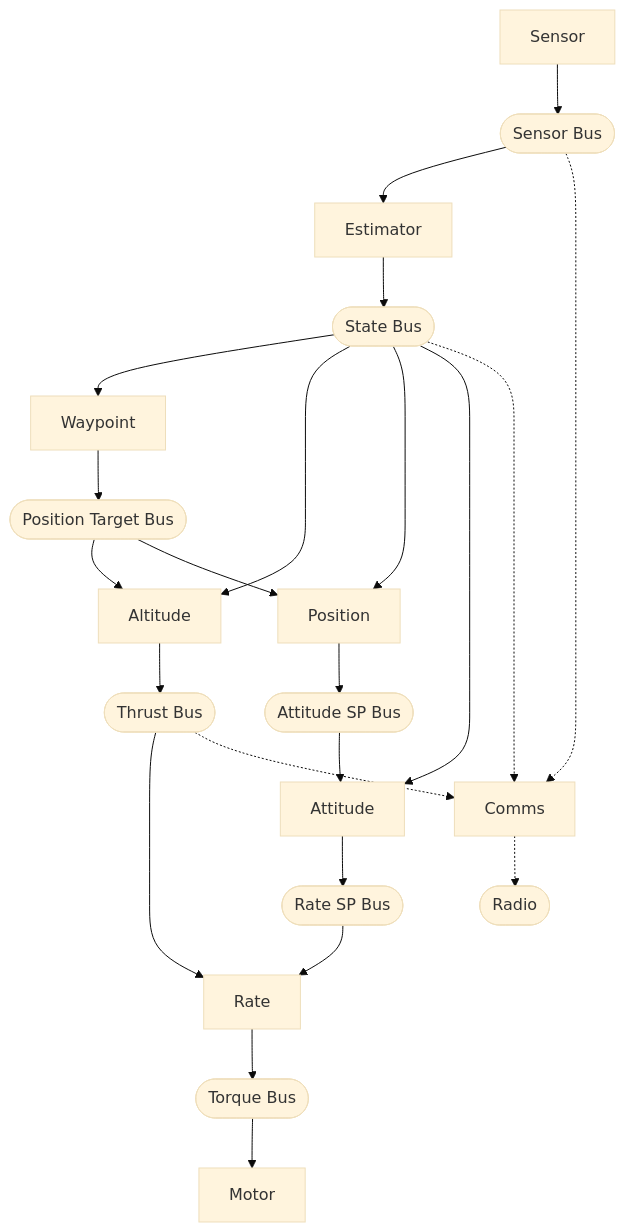
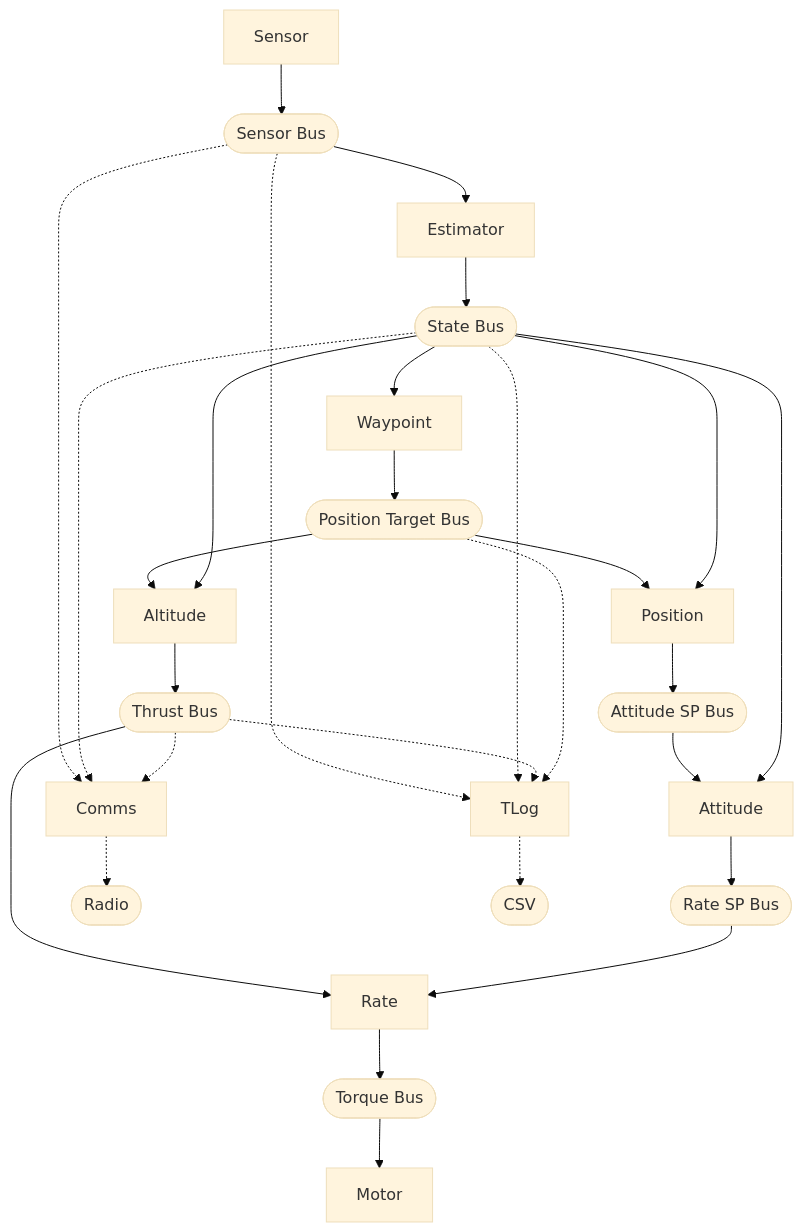
One commit to joagre/hive changed the diagram in examples/pilot/README.md. Above: the diagram before and after it, drawn with Mermaid (base theme).

Commit message:
Add telemetry logger actor to pilot README.md diagram
Shows TLog reading from SensorBus, StateBus, ThrustBus, and
PositionTargetBus, outputting to CSV file.

````diff
--- a/examples/pilot/README.md
+++ b/examples/pilot/README.md
@@ -160,17 +160,23 @@
 ```mermaid
 graph TB
     Sensor[Sensor] --> SensorBus([Sensor Bus]) --> Estimator[Estimator] --> StateBus([State Bus])
 
     StateBus --> Waypoint[Waypoint] --> PositionTargetBus([Position Target Bus])
     PositionTargetBus --> Altitude[Altitude] --> ThrustBus([Thrust Bus]) --> Rate[Rate]
     PositionTargetBus --> Position[Position]
     StateBus --> Altitude
     StateBus --> Position --> AttitudeSP([Attitude SP Bus]) --> Attitude[Attitude]
     StateBus --> Attitude --> RateSP([Rate SP Bus]) --> Rate
     Rate --> TorqueBus([Torque Bus]) --> Motor[Motor]
 
     SensorBus -.-> Comms[Comms]
     StateBus -.-> Comms
     ThrustBus -.-> Comms
     Comms -.-> Radio([Radio])
+
+    SensorBus -.-> TLog[TLog]
+    StateBus -.-> TLog
+    ThrustBus -.-> TLog
+    PositionTargetBus -.-> TLog
+    TLog -.-> CSV([CSV])
 ```
````
